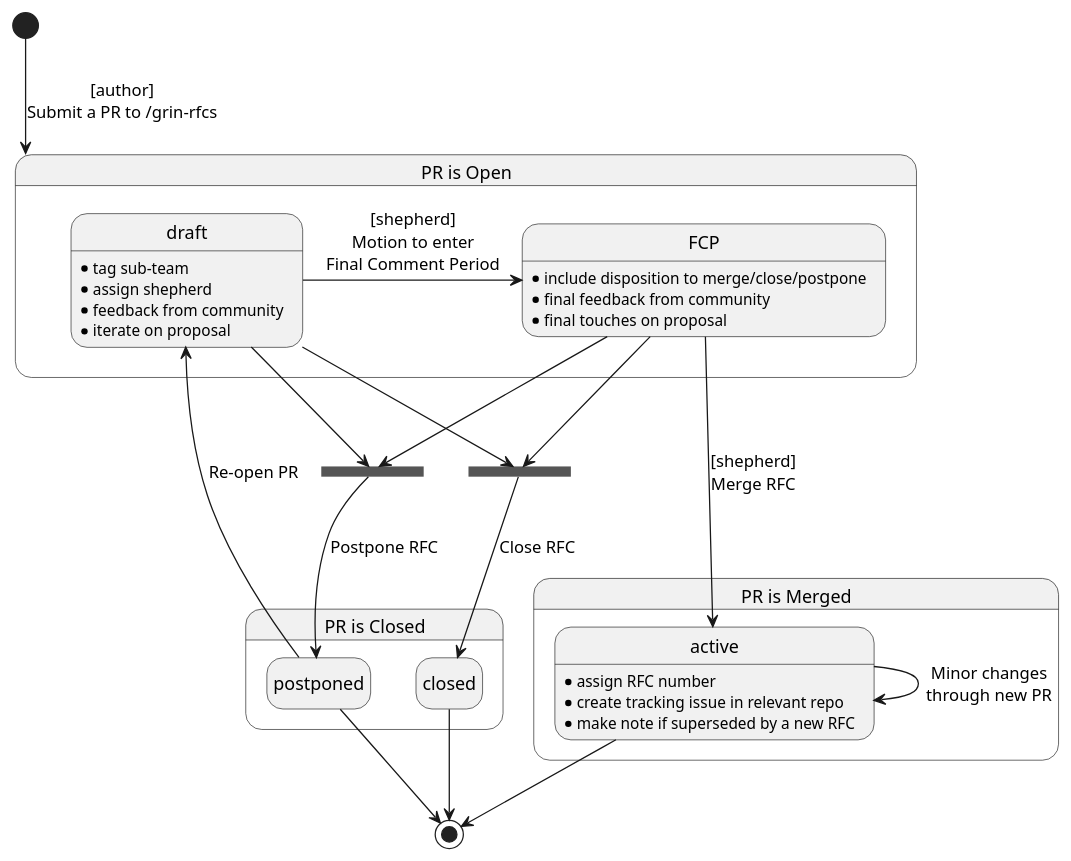
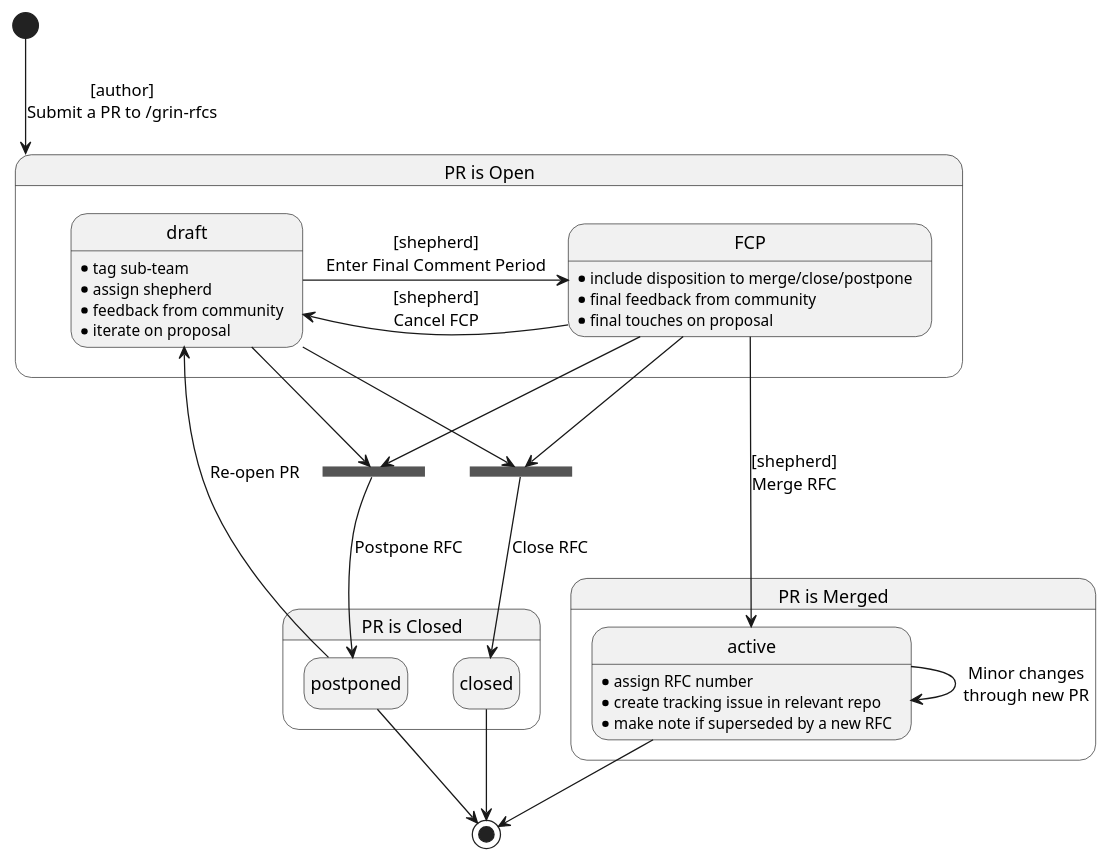
One commit to mimblewimble/grin-rfcs changed the diagram in assets/0001-state-diagram.puml. Above: the diagram before and after it, drawn with PlantUML. The commit also changed 1 other file, not shown here.

Commit message:
tweak UML

```diff
--- a/assets/0001-state-diagram.puml
+++ b/assets/0001-state-diagram.puml
@@ -1,43 +1,44 @@
 @startuml
 hide empty description
 skinparam shadowing false
 
 [*] -down-> long1 : [author]\nSubmit a PR to /grin-rfcs
 
 state "PR is Open" as long1 {
 draft : * tag sub-team
 draft : * assign shepherd
 draft : * feedback from community
 draft : * iterate on proposal
-draft -right-> FCP : [shepherd]\nMotion to enter\nFinal Comment Period
+draft -right-> FCP : [shepherd]\nEnter Final Comment Period
 FCP: * include disposition to merge/close/postpone
 FCP: * final feedback from community
 FCP: * final touches on proposal
+FCP -left-> draft : [shepherd]\nCancel FCP
 }
 
 state close_join <<join>>
 draft --> close_join 
 FCP --> close_join
 
 state post_join <<join>>
 draft --> post_join 
 FCP --> post_join
 
 state "PR is Closed" as long2 {
 close_join -down-> closed : Close RFC
 post_join -down-> postponed : Postpone RFC
 }
 
 state "PR is Merged" as long3 {
 FCP -right-> active : [shepherd]\nMerge RFC
 active --> active : Minor changes\nthrough new PR
 active: * assign RFC number
 active: * create tracking issue in relevant repo
 active: * make note if superseded by a new RFC 
 }
 
 postponed --> draft : Re-open PR 
 postponed --> [*]
 closed --> [*]
 active --> [*]
 @enduml
```
